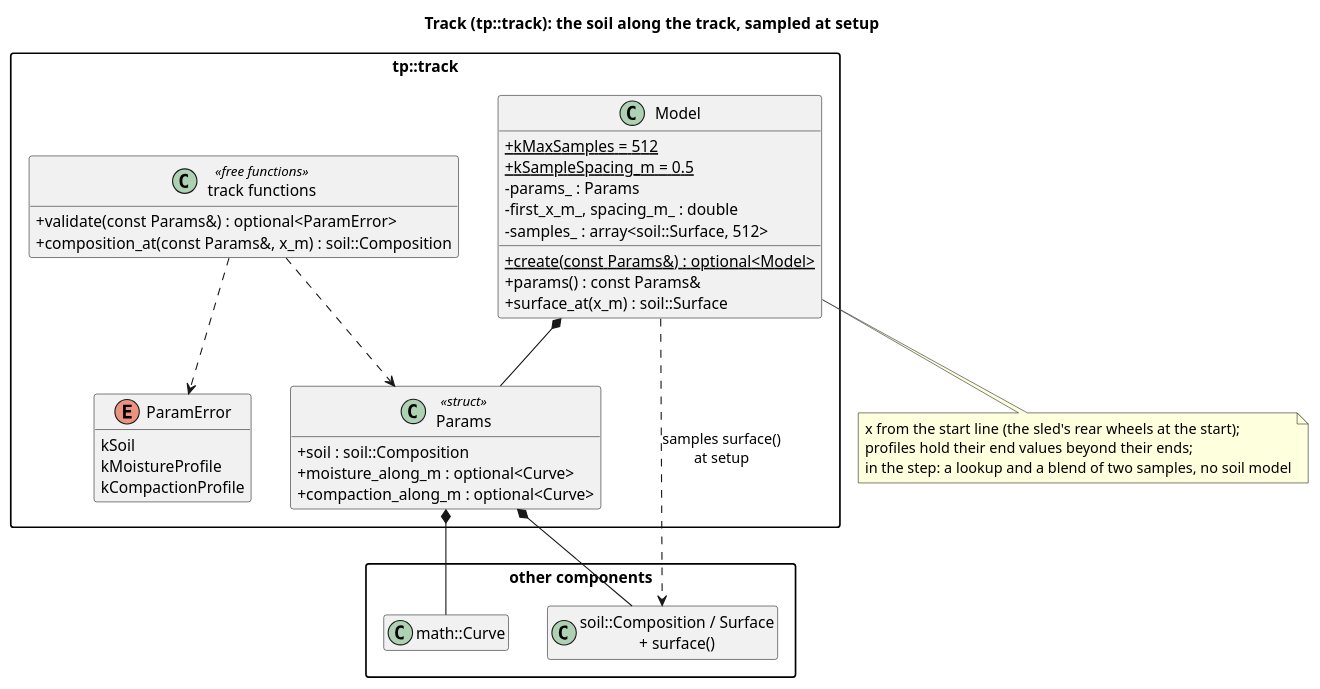
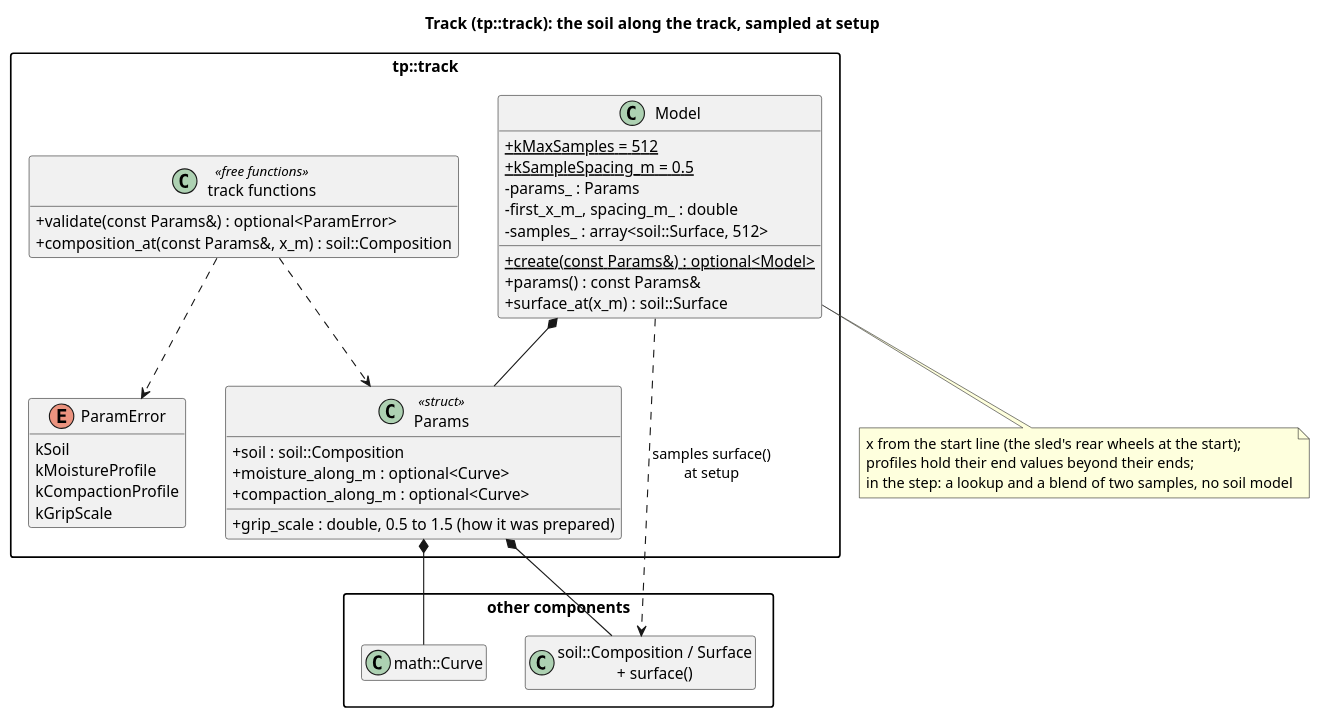
The diagram in docs/diagrams/track_classes.puml (wversteeg/TractorPulling), drawn with PlantUML before and after one commit. The commit also changed 25 other files, not shown here.

```diff
--- a/docs/diagrams/track_classes.puml
+++ b/docs/diagrams/track_classes.puml
@@ -1,49 +1,51 @@
 @startuml track_classes
 title Track (tp::track): the soil along the track, sampled at setup
 hide empty members
 skinparam packageStyle rectangle
 skinparam classAttributeIconSize 0
 
 package "other components" {
   class "soil::Composition / Surface\n+ surface()" as Soil
   class "math::Curve" as Curve
 }
 
 package "tp::track" {
   class Params <<struct>> {
     +soil : soil::Composition
     +moisture_along_m : optional<Curve>
     +compaction_along_m : optional<Curve>
+    +grip_scale : double, 0.5 to 1.5 (how it was prepared)
   }
   class Model {
     +{static} kMaxSamples = 512
     +{static} kSampleSpacing_m = 0.5
     -params_ : Params
     -first_x_m_, spacing_m_ : double
     -samples_ : array<soil::Surface, 512>
     +{static} create(const Params&) : optional<Model>
     +params() : const Params&
     +surface_at(x_m) : soil::Surface
   }
   enum ParamError {
     kSoil
     kMoistureProfile
     kCompactionProfile
+    kGripScale
   }
   class "track functions" as TrackFns <<free functions>> {
     +validate(const Params&) : optional<ParamError>
     +composition_at(const Params&, x_m) : soil::Composition
   }
   Model *-- Params
   TrackFns ..> Params
   TrackFns ..> ParamError
 }
 Params *-- Curve
 Params *-- Soil
 Model ..> Soil : samples surface()\nat setup
 note bottom of Model
   x from the start line (the sled's rear wheels at the start);
   profiles hold their end values beyond their ends;
   in the step: a lookup and a blend of two samples, no soil model
 end note
 @enduml
```
